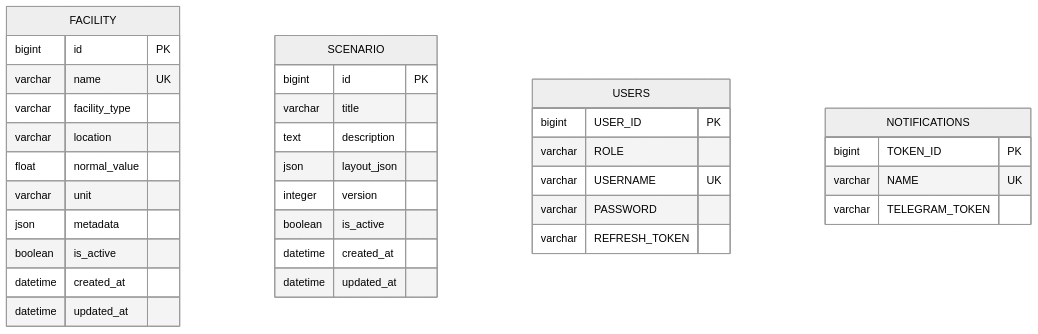
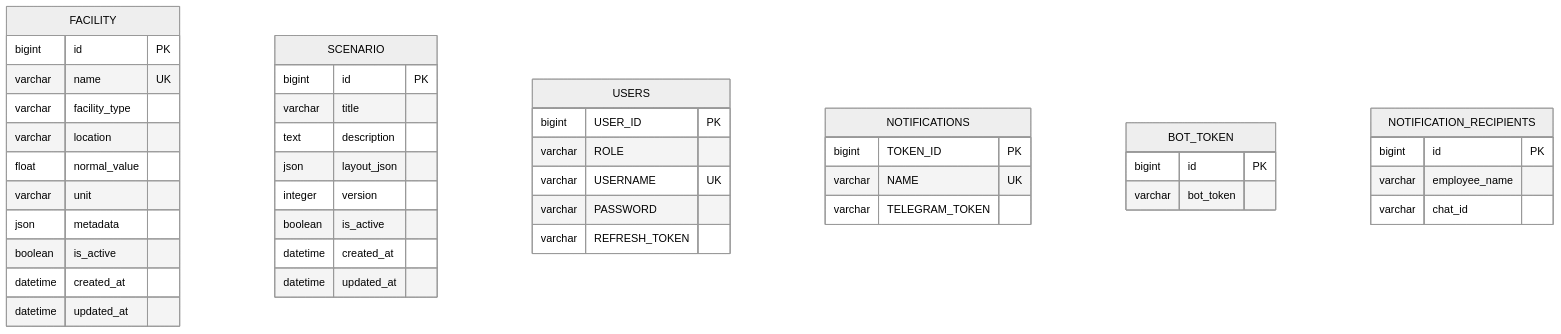
The diagram in backend/docs/db-design.md (SuperMario-Flood-Monitoring/SuperMario_Django), drawn with Mermaid (neutral theme) before and after one commit. The commit also changed other lines of this file and 19 other files, not shown here.

````diff
--- a/backend/docs/db-design.md
+++ b/backend/docs/db-design.md
@@ -27,40 +27,51 @@
 ```mermaid
 erDiagram
     FACILITY {
         bigint id PK
         varchar name UK
         varchar facility_type
         varchar location
         float normal_value
         varchar unit
         json metadata
         boolean is_active
         datetime created_at
         datetime updated_at
     }
 
     SCENARIO {
         bigint id PK
         varchar title
         text description
         json layout_json
         integer version
         boolean is_active
         datetime created_at
         datetime updated_at
     }
 
     USERS {
         bigint USER_ID PK
         varchar ROLE
         varchar USERNAME UK
         varchar PASSWORD
         varchar REFRESH_TOKEN
     }
 
     NOTIFICATIONS {
         bigint TOKEN_ID PK
         varchar NAME UK
         varchar TELEGRAM_TOKEN
     }
+
+    BOT_TOKEN {
+        bigint id PK
+        varchar bot_token
+    }
+
+    NOTIFICATION_RECIPIENTS {
+        bigint id PK
+        varchar employee_name
+        varchar chat_id
+    }
 ```
````
